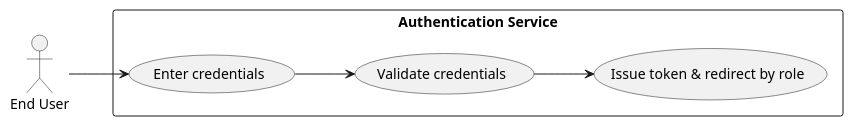
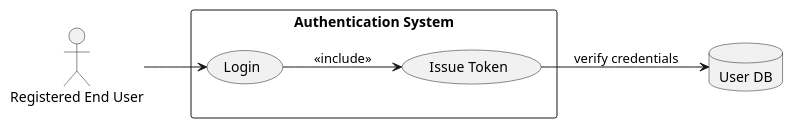
Before and after one commit to Hadiya-Kanini/Demo: the first of 9 diagrams in .propel/context/docs/spec.md, drawn with PlantUML. The commit also changed other lines of this file, not shown here.

````diff
--- a/.propel/context/docs/spec.md
+++ b/.propel/context/docs/spec.md
@@ -174,17 +147,17 @@
 ```plantuml
 @startuml
 left to right direction
 skinparam packageStyle rectangle
 
-actor "End User" as EndUser
-rectangle "Authentication Service" {
-  usecase (Enter credentials) as UC1
-  usecase (Validate credentials) as UC2
-  usecase (Issue token & redirect by role) as UC3
+actor "Registered End User" as User
+rectangle "Authentication System" {
+  usecase (Login) as UC1
+  usecase (Issue Token) as UC1b
 }
+database "User DB" as DB
 
-EndUser --> UC1
-UC1 --> UC2
-UC2 --> UC3
+User --> UC1
+UC1 --> UC1b : <<include>>
+UC1b --> DB : verify credentials
 @enduml
 ```
````
